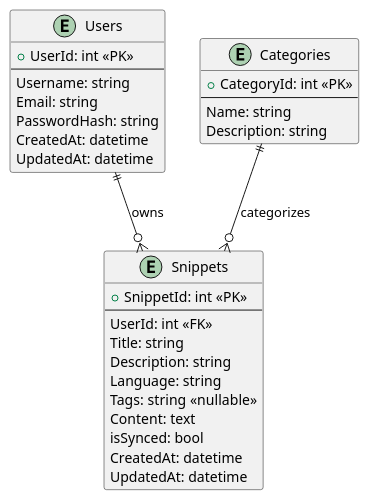
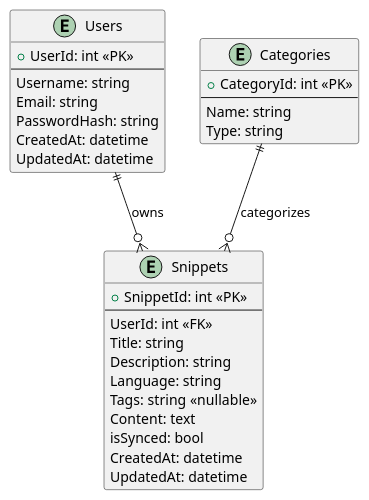
The diagram in SnippetManager/db.puml (Alexandre-Scebba/CodexSnippetManager), drawn with PlantUML before and after one commit. The commit also changed 4 other files, not shown here.

```diff
--- a/SnippetManager/db.puml
+++ b/SnippetManager/db.puml
@@ -1,37 +1,37 @@
 @startuml
 
 entity Users {
   +UserId: int <<PK>>
   --
   Username: string
   Email: string
   PasswordHash: string
   CreatedAt: datetime
   UpdatedAt: datetime
 }
 
 entity Snippets {
   +SnippetId: int <<PK>>
   --
   UserId: int <<FK>>
   Title: string
   Description: string
   Language: string
   Tags: string <<nullable>>
   Content: text
   isSynced: bool
   CreatedAt: datetime
   UpdatedAt: datetime
 }
 
 entity Categories {
   +CategoryId: int <<PK>>
   --
   Name: string
-  Description: string
+  Type: string
 }
 
 Users ||--o{ Snippets : owns
 Categories ||--o{ Snippets : categorizes
 
 @enduml
```
